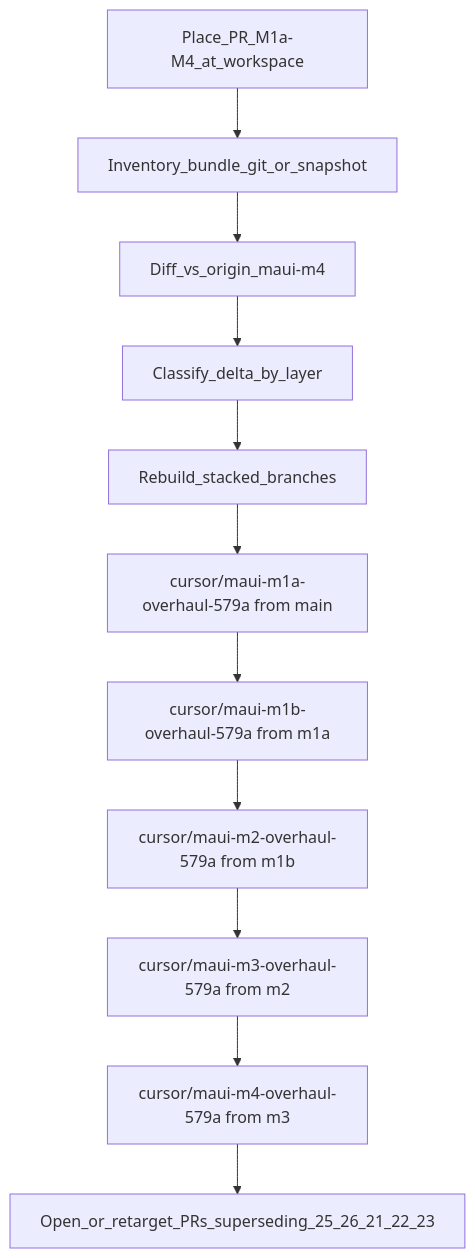
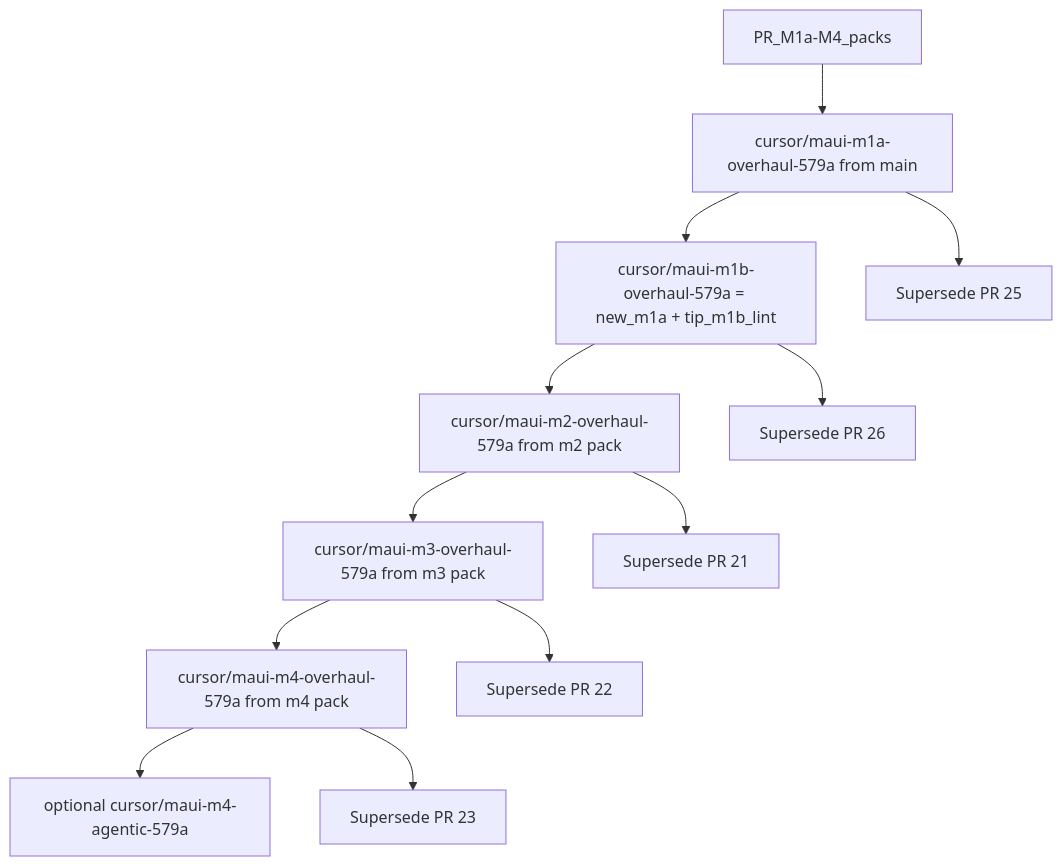
Before and after one commit to CB-st/CipherBank-App: the diagram in docs/reviews/PR_M1a-M4_COMPARISON.md, drawn with Mermaid. The commit also changed other lines of this file and 2 other files, not shown here.

````diff
--- a/docs/reviews/PR_M1a-M4_COMPARISON.md
+++ b/docs/reviews/PR_M1a-M4_COMPARISON.md
@@ -102,13 +94,14 @@
 ```mermaid
 flowchart TD
-  upload[Place_PR_M1a-M4_at_workspace] --> inventory[Inventory_bundle_git_or_snapshot]
-  inventory --> diffM4[Diff_vs_origin_maui-m4]
-  diffM4 --> classify[Classify_delta_by_layer]
-  classify --> slice[Rebuild_stacked_branches]
-  slice --> m1aNew["cursor/maui-m1a-overhaul-579a from main"]
-  m1aNew --> m1bNew["cursor/maui-m1b-overhaul-579a from m1a"]
-  m1bNew --> m2New["cursor/maui-m2-overhaul-579a from m1b"]
-  m2New --> m3New["cursor/maui-m3-overhaul-579a from m2"]
-  m3New --> m4New["cursor/maui-m4-overhaul-579a from m3"]
-  m4New --> prs[Open_or_retarget_PRs_superseding_25_26_21_22_23]
+  packs[PR_M1a-M4_packs] --> m1aNew["cursor/maui-m1a-overhaul-579a from main"]
+  m1aNew --> m1bNew["cursor/maui-m1b-overhaul-579a = new_m1a + tip_m1b_lint"]
+  m1bNew --> m2New["cursor/maui-m2-overhaul-579a from m2 pack"]
+  m2New --> m3New["cursor/maui-m3-overhaul-579a from m3 pack"]
+  m3New --> m4New["cursor/maui-m4-overhaul-579a from m4 pack"]
+  m4New --> agenticOpt["optional cursor/maui-m4-agentic-579a"]
+  m1aNew --> pr25["Supersede PR 25"]
+  m1bNew --> pr26["Supersede PR 26"]
+  m2New --> pr21["Supersede PR 21"]
+  m3New --> pr22["Supersede PR 22"]
+  m4New --> pr23["Supersede PR 23"]
 ```
````
